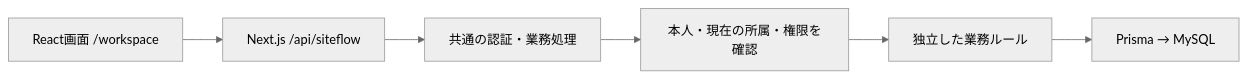
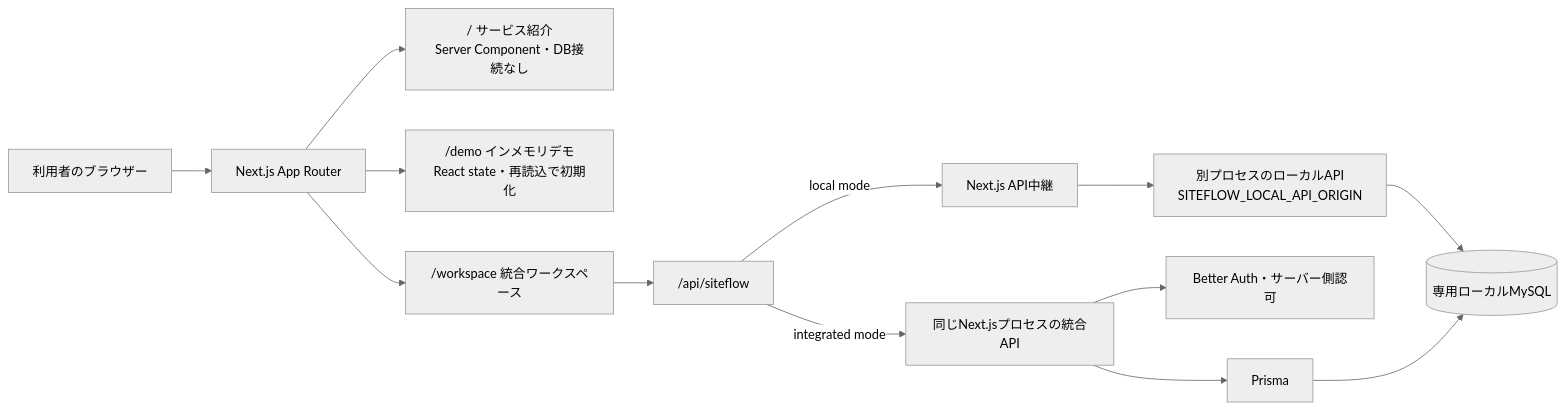
Before and after one commit to syucream02/siteflow: the diagram in README.md, drawn with Mermaid (neutral theme). The commit also changed other lines of this file and 16 other files, not shown here.

Commit message:
docs: document SiteFlow v1.0 architecture and verification

````diff
--- a/README.md
+++ b/README.md
@@ -56,8 +56,15 @@
 ```mermaid
 flowchart LR
-  A[React画面 /workspace] --> B[Next.js /api/siteflow]
-  B --> C[共通の認証・業務処理]
-  C --> D[本人・現在の所属・権限を確認]
-  D --> E[独立した業務ルール]
-  E --> F[Prisma → MySQL]
+  User[利用者のブラウザー] --> Next[Next.js App Router]
+  Next --> Home["/ サービス紹介<br/>Server Component・DB接続なし"]
+  Next --> Demo["/demo インメモリデモ<br/>React state・再読込で初期化"]
+  Next --> Workspace["/workspace 統合ワークスペース"]
+  Workspace --> Route["/api/siteflow"]
+  Route -->|local mode| Proxy["Next.js API中継"]
+  Proxy --> LocalAPI["別プロセスのローカルAPI<br/>SITEFLOW_LOCAL_API_ORIGIN"]
+  Route -->|integrated mode| Handler["同じNext.jsプロセスの統合API"]
+  Handler --> Auth[Better Auth・サーバー側認可]
+  Handler --> Prisma[Prisma]
+  LocalAPI --> DB[(専用ローカルMySQL)]
+  Prisma --> DB
 ```
````
